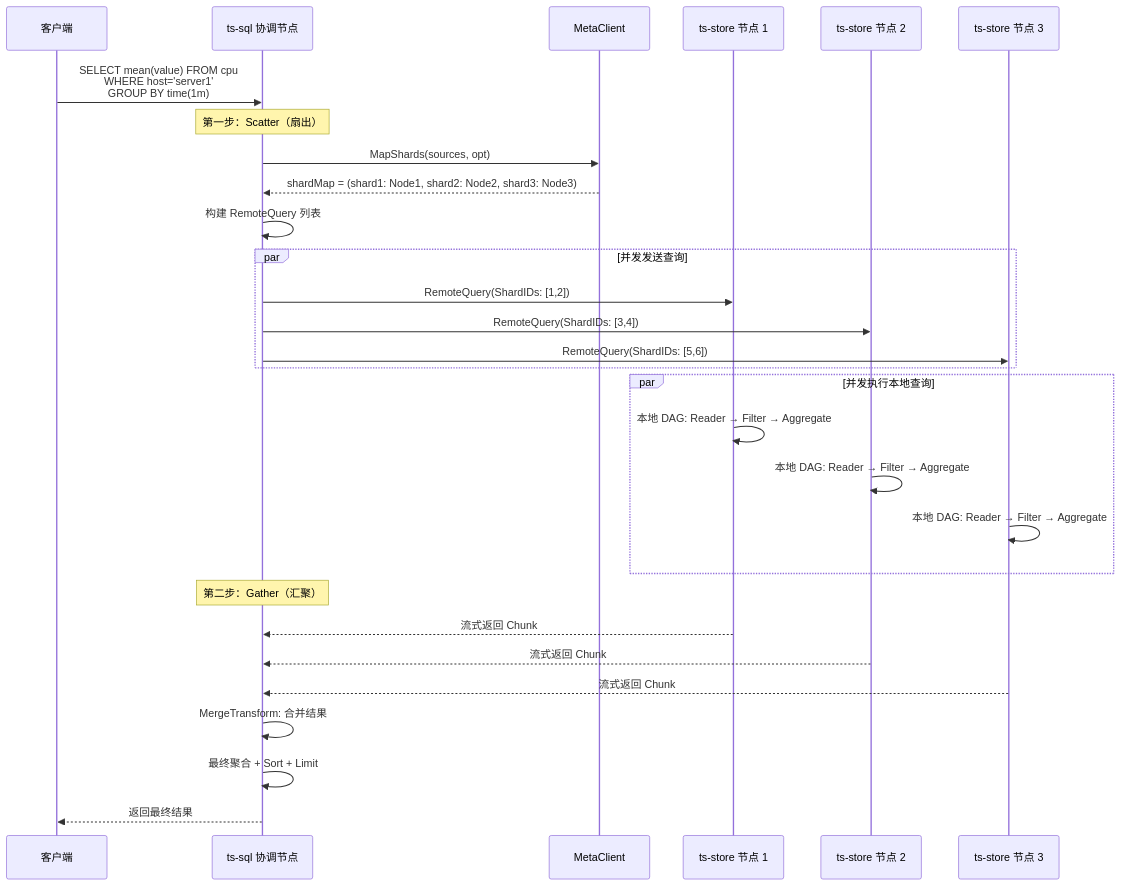
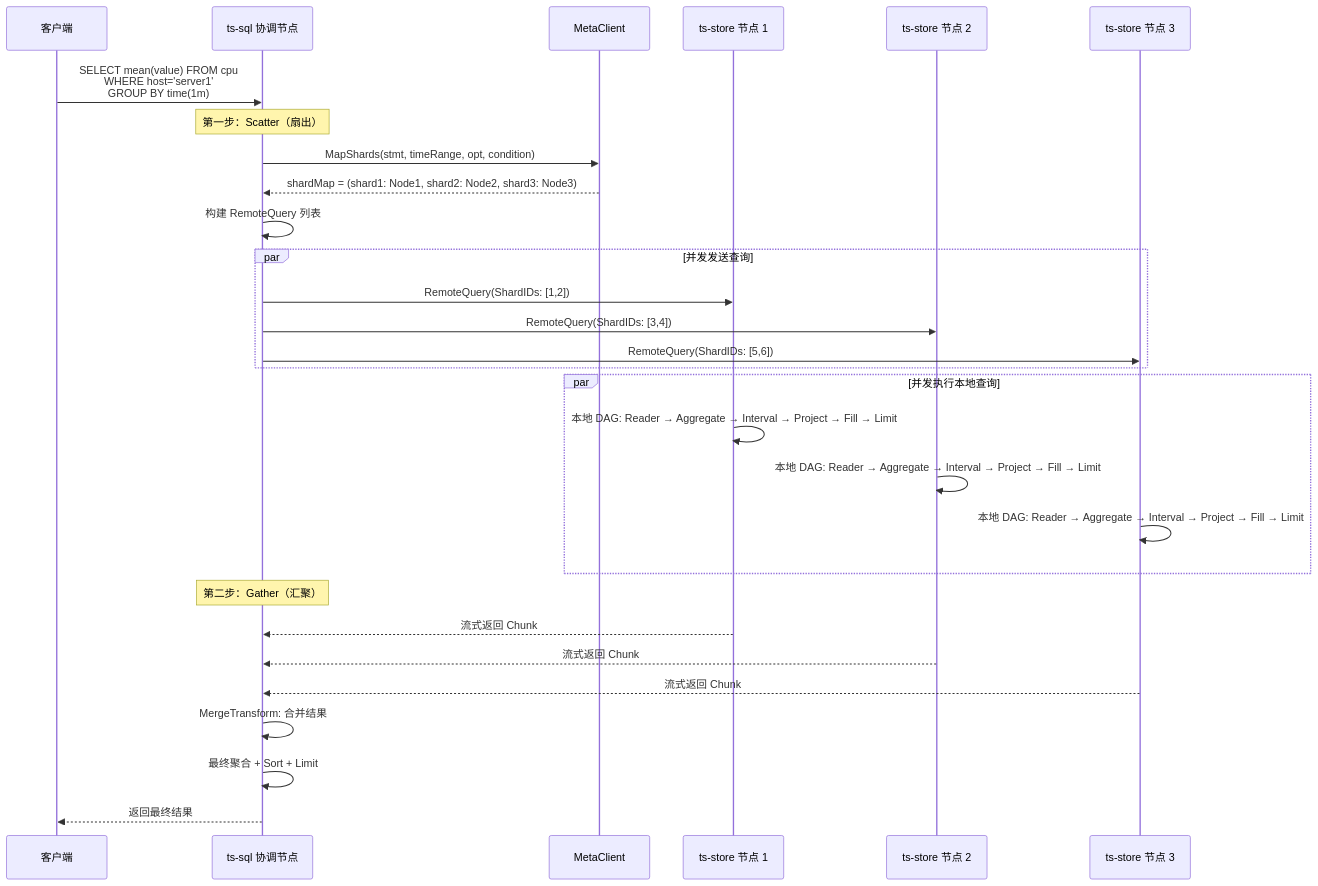
Before and after one commit to stefanv5/openGemini: diagram 23 of 33 in docs/specs/03_query_engine_spec.md, drawn with Mermaid. The commit also changed other lines of this file and 37 other files, not shown here.

````diff
--- a/docs/specs/03_query_engine_spec.md
+++ b/docs/specs/03_query_engine_spec.md
@@ -2054,39 +2168,39 @@
 ```mermaid
 sequenceDiagram
     participant Client as 客户端
     participant SQL as ts-sql 协调节点
     participant Meta as MetaClient
     participant S1 as ts-store 节点 1
     participant S2 as ts-store 节点 2
     participant S3 as ts-store 节点 3
 
     Client->>SQL: SELECT mean(value) FROM cpu<br/>WHERE host='server1'<br/>GROUP BY time(1m)
 
     Note over SQL: 第一步：Scatter（扇出）
-    SQL->>Meta: MapShards(sources, opt)
+    SQL->>Meta: MapShards(stmt, timeRange, opt, condition)
     Meta-->>SQL: shardMap = (shard1: Node1, shard2: Node2, shard3: Node3)
 
     SQL->>SQL: 构建 RemoteQuery 列表
 
     par 并发发送查询
         SQL->>S1: RemoteQuery(ShardIDs: [1,2])
         SQL->>S2: RemoteQuery(ShardIDs: [3,4])
         SQL->>S3: RemoteQuery(ShardIDs: [5,6])
     end
 
     par 并发执行本地查询
-        S1->>S1: 本地 DAG: Reader → Filter → Aggregate
-        S2->>S2: 本地 DAG: Reader → Filter → Aggregate
-        S3->>S3: 本地 DAG: Reader → Filter → Aggregate
+        S1->>S1: 本地 DAG: Reader → Aggregate → Interval → Project → Fill → Limit
+        S2->>S2: 本地 DAG: Reader → Aggregate → Interval → Project → Fill → Limit
+        S3->>S3: 本地 DAG: Reader → Aggregate → Interval → Project → Fill → Limit
     end
 
     Note over SQL: 第二步：Gather（汇聚）
     S1-->>SQL: 流式返回 Chunk
     S2-->>SQL: 流式返回 Chunk
     S3-->>SQL: 流式返回 Chunk
 
     SQL->>SQL: MergeTransform: 合并结果
     SQL->>SQL: 最终聚合 + Sort + Limit
 
     SQL-->>Client: 返回最终结果
 ```
````
